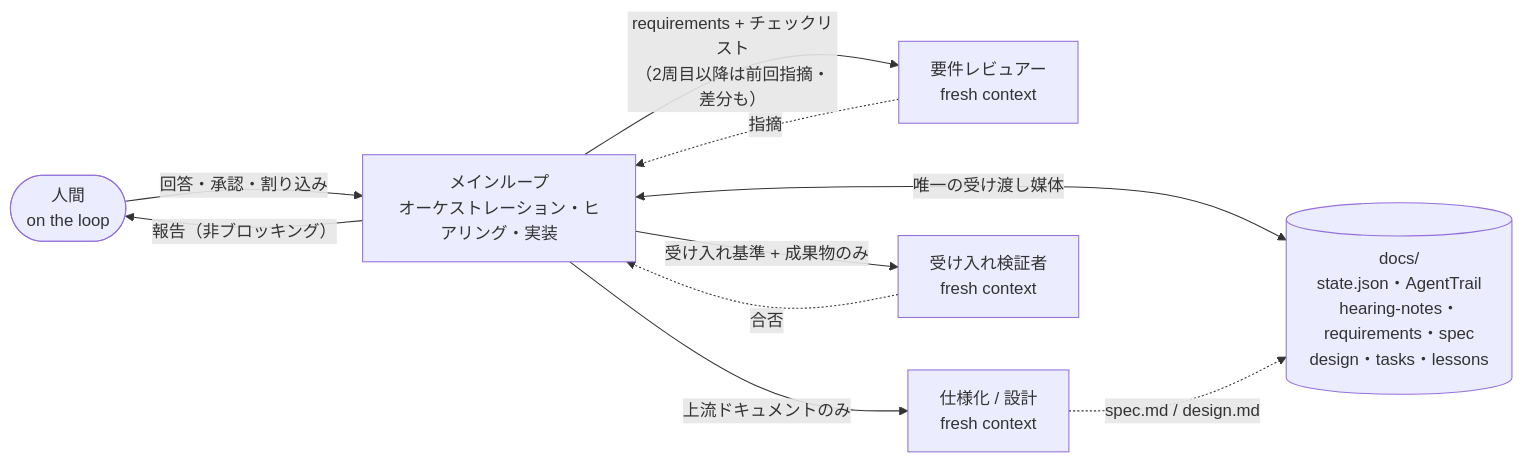
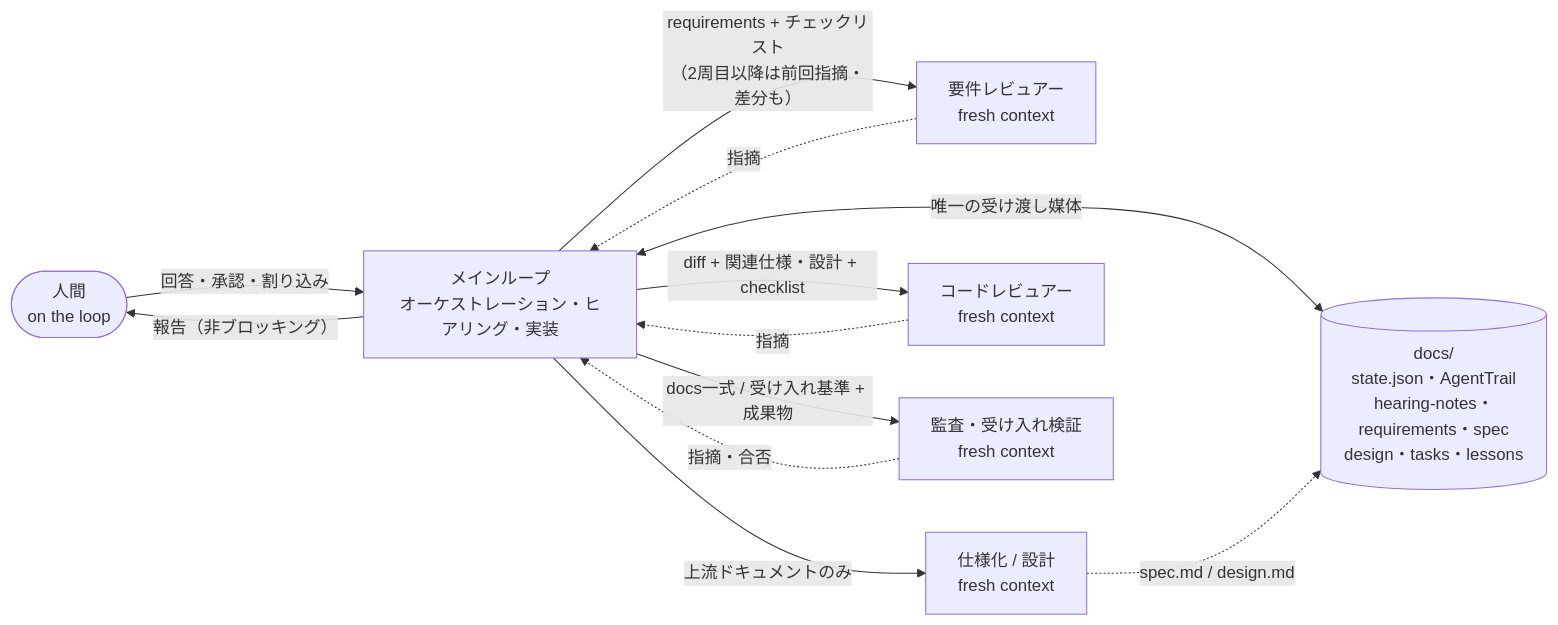
Before and after one commit to Harurow/human-on-the-loop: the second of 2 diagrams in README.md, drawn with Mermaid. The commit also changed other lines of this file and 8 other files, not shown here.

````diff
--- a/README.md
+++ b/README.md
@@ -44,19 +44,22 @@
 ```mermaid
 flowchart LR
     H([人間<br/>on the loop])
     M[メインループ<br/>オーケストレーション・ヒアリング・実装]
     R[要件レビュアー<br/>fresh context]
     S[仕様化 / 設計<br/>fresh context]
-    V[受け入れ検証者<br/>fresh context]
+    C[コードレビュアー<br/>fresh context]
+    V[監査・受け入れ検証<br/>fresh context]
     D[(docs/<br/>state.json・AgentTrail<br/>hearing-notes・requirements・spec<br/>design・tasks・lessons)]
 
     H -->|回答・承認・割り込み| M
     M -->|報告（非ブロッキング）| H
     M -->|requirements + チェックリスト<br/>（2周目以降は前回指摘・差分も）| R
     M -->|上流ドキュメントのみ| S
-    M -->|受け入れ基準 + 成果物のみ| V
+    M -->|diff + 関連仕様・設計 + checklist| C
+    M -->|docs一式 / 受け入れ基準 + 成果物| V
     M <-->|唯一の受け渡し媒体| D
     R -.->|指摘| M
     S -.->|spec.md / design.md| D
-    V -.->|合否| M
+    C -.->|指摘| M
+    V -.->|指摘・合否| M
 ```
````
